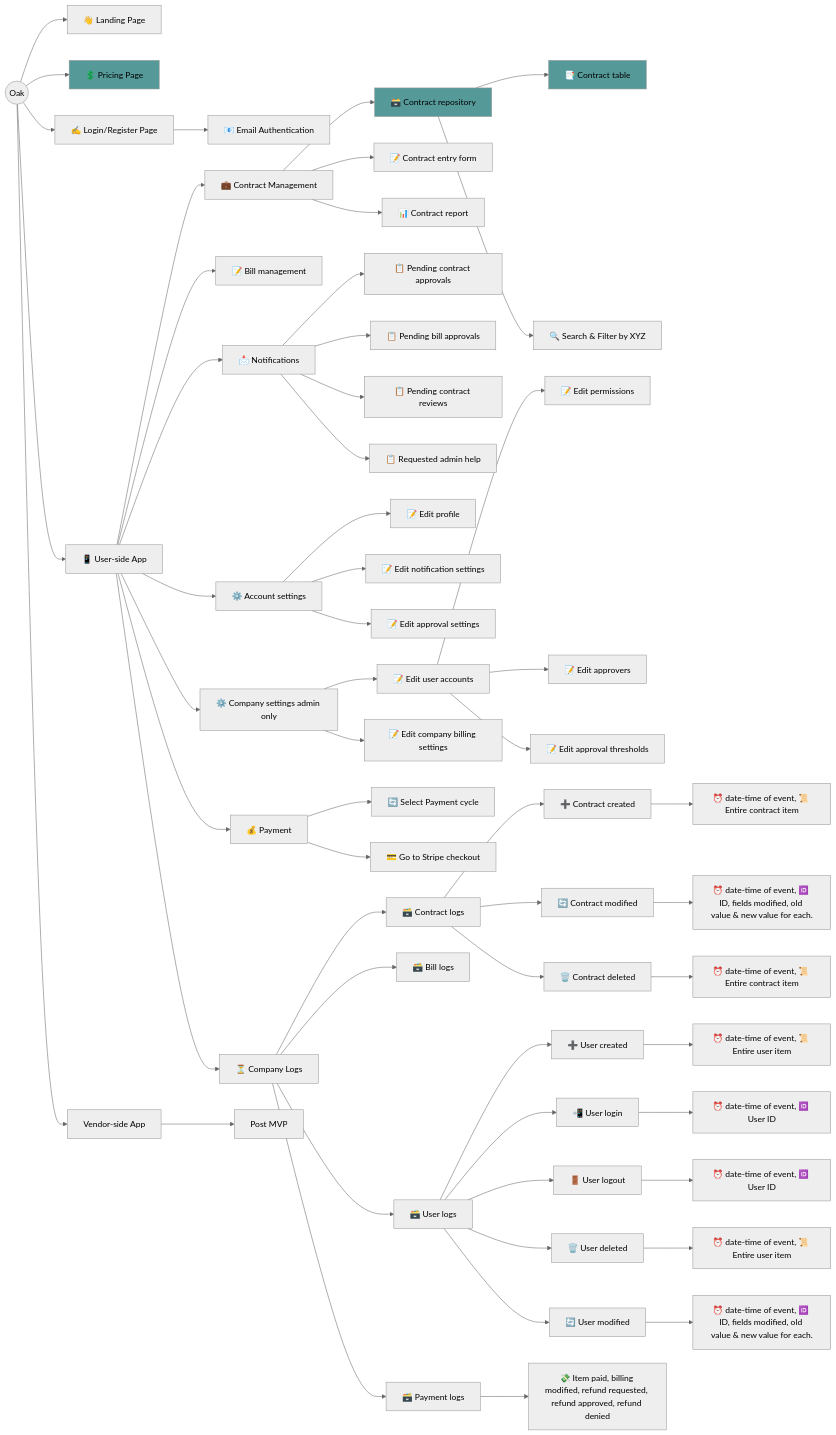
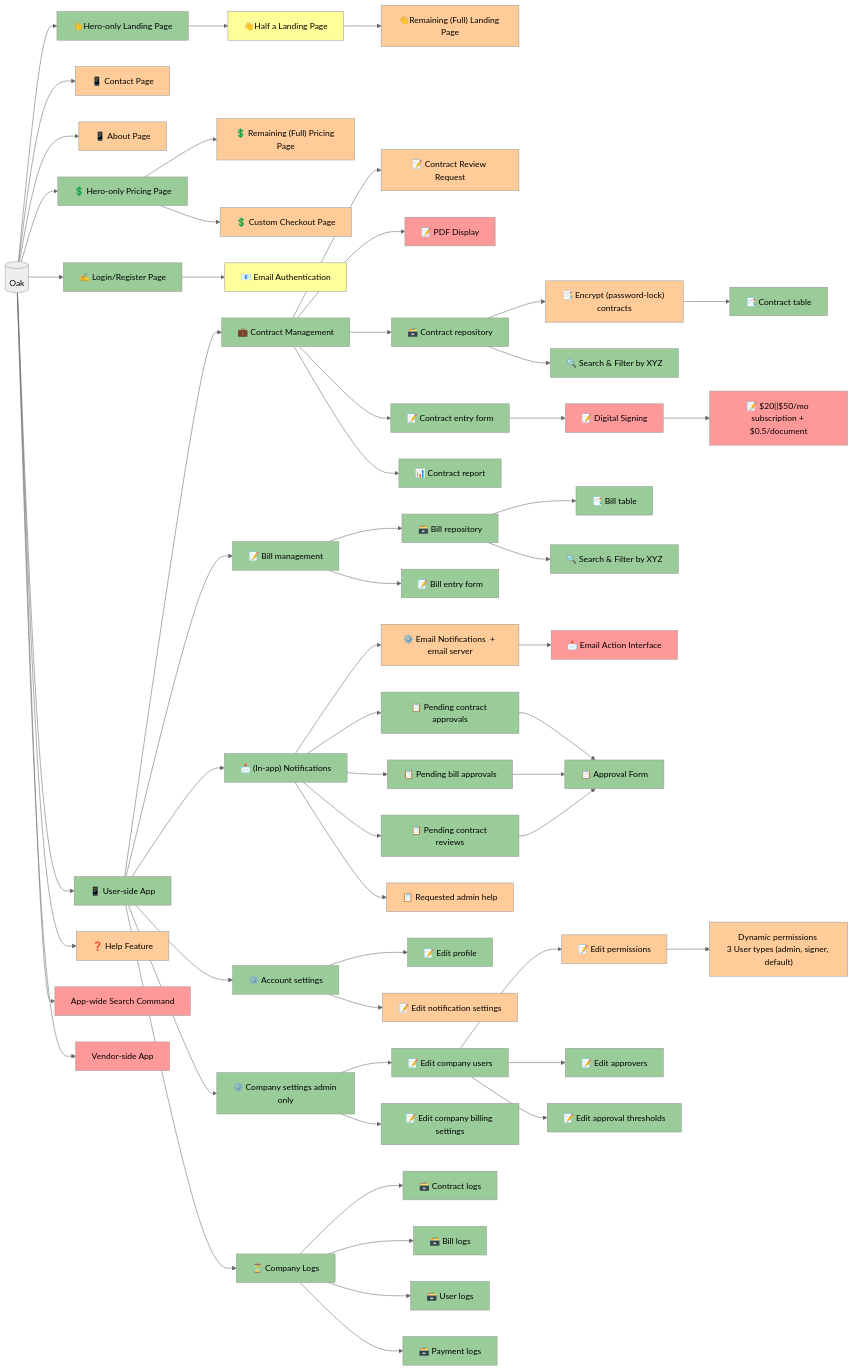
The diagram in apps/oak/static/planning/main.mmd (startino/futino), drawn with Mermaid (neutral theme) before and after one commit. The commit also changed other lines of this file and 2 other files, not shown here.

Commit message:
Oak planning documents (#402)

```diff
--- a/apps/oak/static/planning/main.mmd
+++ b/apps/oak/static/planning/main.mmd
@@ -1,59 +1,64 @@
+%%{init: {"flowchart": {"htmlLabels": false}} }%%
 graph LR
-    A((Oak))
-    A --> B["👋 Landing Page"]
-    A --> C["💲 Pricing Page"]:::taskForNazif
-    A --> D["✍️ Login/Register Page"]
-    D --> E["📧 Email Authentication"]
-    A --> F["📱 User-side App"]
-    F --> G["💼 Contract Management"]
-    G --> H["🗃️ Contract repository"]:::taskForNazif
-    H --> I["📑 Contract table"]:::taskForNazif
-    H --> J["🔍 Search & Filter by XYZ"]
-    G --> K["📝 Contract entry form"]
-    G --> L["📊 Contract report"]
-    F --> M["📝 Bill management"]
-    F --> N["📩 Notifications"]
-    N --> O["📋 Pending contract approvals"]
-    N --> P["📋 Pending bill approvals"]
-    N --> Q["📋 Pending contract reviews"]
-    N --> R["📋 Requested admin help"]
-    F --> S["⚙️ Account settings"]
-    S --> T["📝 Edit profile"]
-    S --> U["📝 Edit notification settings"]
-    S --> V["📝 Edit approval settings"]
-    F --> W["⚙️ Company settings admin only"]
-    W --> X["📝 Edit user accounts"]
-    X --> Y["📝 Edit permissions"]
-    X --> Z["📝 Edit approvers"]
-    X --> AA["📝 Edit approval thresholds"]
-    W --> AB["📝 Edit company billing settings"]
-    F --> AC["💰 Payment"]
-    AC --> AD["🔄 Select Payment cycle"]
-    AC --> AE["💳 Go to Stripe checkout"]
-    F --> AF["⏳ Company Logs"]
-    AF --> AG["🗃️ Contract logs"]
-    AG --> AH["➕ Contract created"]
-    AH --> AI["⏰ date-time of event, 📜 Entire contract item"]
-    AG --> AJ["🔄 Contract modified"]
-    AJ --> AK["⏰ date-time of event, 🆔 ID, fields modified, old value & new value for each."]
-    AG --> AL["🗑️ Contract deleted"]
-    AL --> AM["⏰ date-time of event, 📜 Entire contract item"]
-    AF --> AN["🗃️ Bill logs"]
-    AF --> AO["🗃️ User logs"]
-    AO --> AP["➕ User created"]
-    AP --> AQ["⏰ date-time of event, 📜 Entire user item"]
-    AO --> AR["📲 User login"]
-    AR --> AS["⏰ date-time of event, 🆔 User ID"]
-    AO --> AT["🚪 User logout"]
-    AT --> AU["⏰ date-time of event, 🆔 User ID"]
-    AO --> AV["🗑️ User deleted"]
-    AV --> AW["⏰ date-time of event, 📜 Entire user item"]
-    AO --> AX["🔄 User modified"]
-    AX --> AY["⏰ date-time of event, 🆔 ID, fields modified, old value & new value for each."]
-    AF --> AZ["🗃️ Payment logs"]
-    AZ --> BA["💸 Item paid, billing modified, refund requested, refund approved, refund denied"]
-    A --> BB["Vendor-side App"]
-    BB --> BC["Post MVP"]
+    A[(Oak)]
+    A --> B["`👋Hero-only Landing Page `"]:::green
+    B --> B1["`👋Half a Landing Page `"]:::yellow
+    B1 --> B2["`👋Remaining (Full) Landing Page `"]:::orange
+    A --> A1["`📱 Contact Page `"]:::orange
+    A --> A2["`📱 About Page  `"]:::orange
+    A --> C["`💲 Hero-only Pricing Page `"]:::green
+    C --> C1["`💲 Remaining (Full) Pricing Page  `"]:::orange
+    C --> C2["`💲 Custom Checkout Page  `"]:::orange
+    A --> D["`✍️ Login/Register Page  `"]:::green
+    D --> E["`📧 Email Authentication  `"]:::yellow
+    A --> F["`📱 User-side App`"]:::green
+    A --> F1["❓ Help Feature  "]:::orange
+    A --> F2[" App-wide Search Command  "]:::red
+    F --> G["`💼 Contract Management`"]:::green
+    G --> G1["`📝 Contract Review Request `"]:::orange
+    G --> G2["`📝 PDF Display `"]:::red
+    G --> H["`🗃️ Contract repository`"]:::green
+    H --> I["`📑 Encrypt (password-lock) contracts `"]:::orange
+    I --> I1["`📑 Contract table `"]:::green
+    H --> J["`🔍 Search & Filter by XYZ  `"]:::green
+    G --> K["`📝 Contract entry form`"]:::green
+    K --> K1["`📝 Digital Signing `"]:::red
+    K1 --> K11["`📝 $20||$50/mo subscription + $0.5/document`"]:::red
+    G --> L["`📊 Contract report`"]:::green
+    F --> M["`📝 Bill management`"]:::green
+    M --> M1["`🗃️ Bill repository`"]:::green
+    M1 --> M11["`📑 Bill table `"]:::green
+    M1 --> M12["`🔍 Search & Filter by XYZ  `"]:::green
+    M --> M3["`📝 Bill entry form`"]:::green
+    F --> N["`📩 (In-app) Notifications`"]:::green
+    N --> NA["`⚙️ Email Notifications  + email server`"]:::orange
+    NA --> NB["`📩 Email Action Interface `"]:::red
+    N --> O["`📋 Pending contract approvals`"]:::green
+    N --> P["`📋 Pending bill approvals`"]:::green
+    N --> Q["`📋 Pending contract reviews`"]:::green
+    O & P & Q --> N1["`📋 Approval Form`"]:::green
+    N --> R["`📋 Requested admin help `"]:::orange
+    F --> S["`⚙️ Account settings`"]:::green
+    S --> T["`📝 Edit profile`"]:::green
+    S --> U["`📝 Edit notification settings  `"]:::orange
+    F --> W["`⚙️ Company settings admin only`"]:::green
+    W --> X["`📝 Edit company users`"]:::green
+    X --> Y["`📝 Edit permissions `"]:::orange
+    Y --> YA["`Dynamic permissions 
+                3 User types (admin, signer, default) `"]:::orange
+    X --> Z["`📝 Edit approvers`"]:::green
+    X --> AA["`📝 Edit approval thresholds`"]:::green
+    W --> AB["`📝 Edit company billing settings`"]:::green
+    F --> AF["`⏳ Company Logs`"]:::green
+    AF --> AG["`🗃️ Contract logs`"]:::green
+    AF --> AN["`🗃️ Bill logs`"]:::green
+    AF --> AO["`🗃️ User logs`"]:::green
+    AF --> AZ["`🗃️ Payment logs`"]:::green
+    A --> BB["`Vendor-side App`"]:::red
 
 
     classDef taskForNazif fill:#559999
+    classDef green fill:#99cc99
+    classDef yellow fill:#ffff99
+    classDef orange fill:#ffcc99
+    classDef red fill:#ff9999
```
